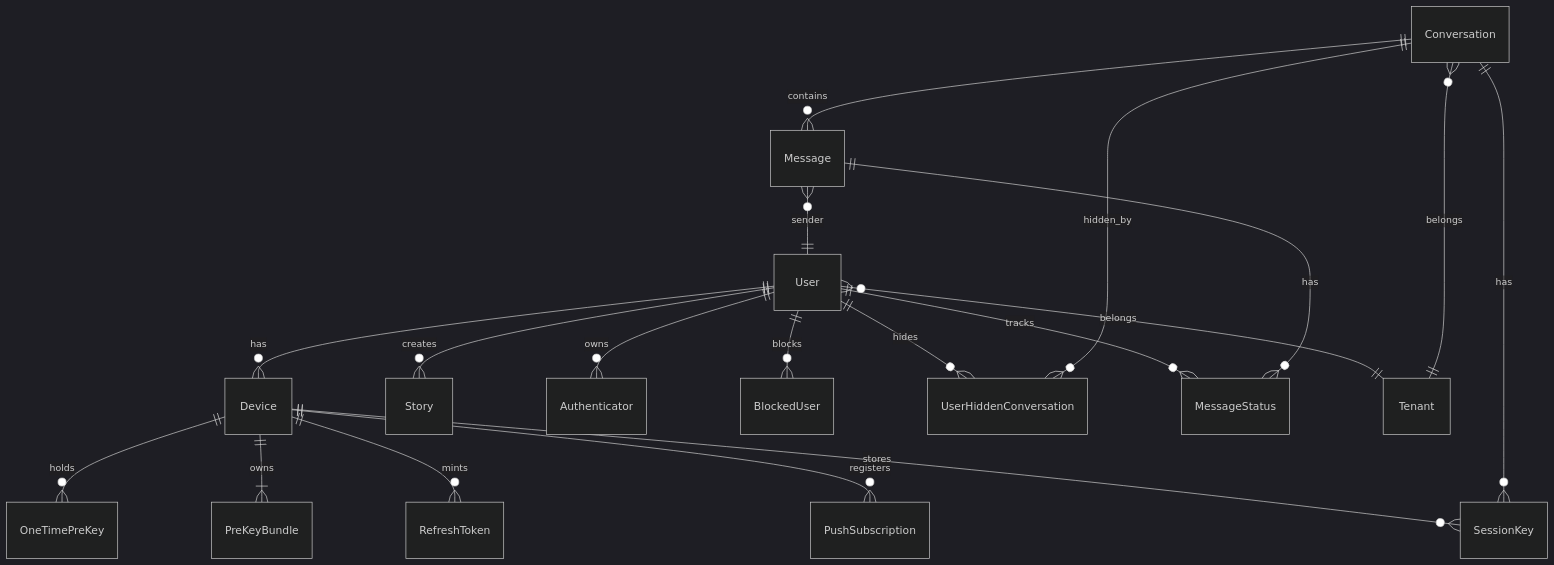
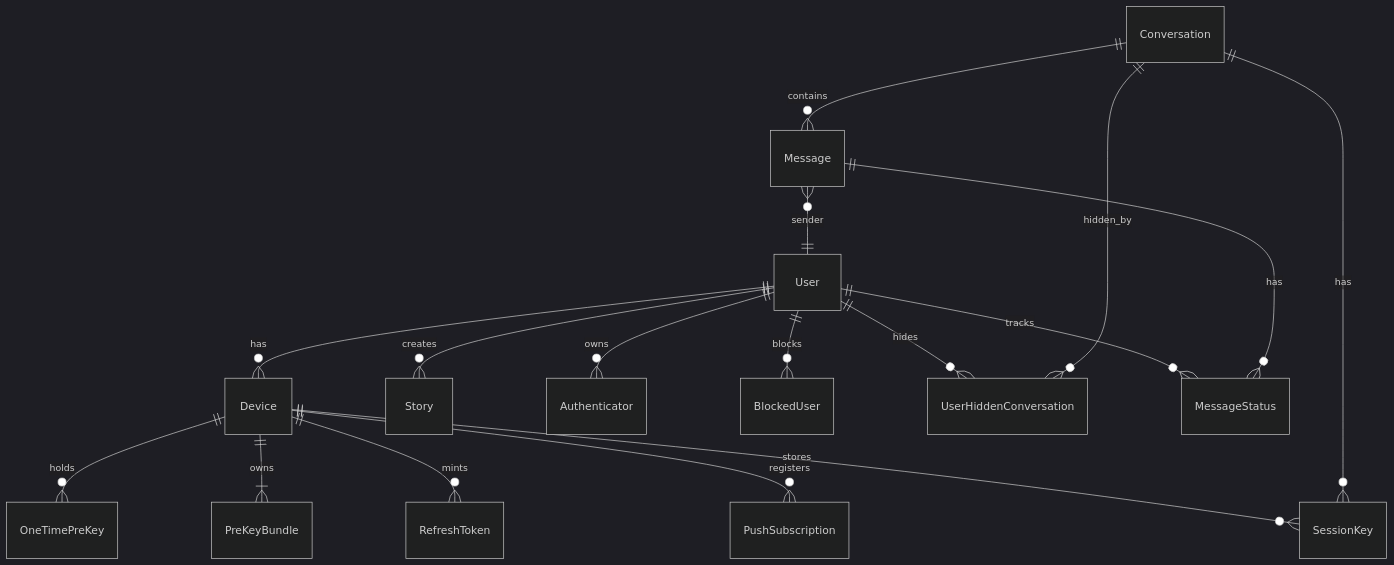
One commit to h4nzs/nyx-chat changed the diagram in docs/09-database.md. Above: the diagram before and after it, drawn with Mermaid (dark theme). The commit also changed other lines of this file and 41 other files, not shown here.

````diff
--- a/docs/09-database.md
+++ b/docs/09-database.md
@@ -11,21 +11,19 @@
 ```mermaid
 erDiagram
     User ||--o{ Device : has
     User ||--o{ Story : creates
     User ||--o{ Authenticator : owns
     User ||--o{ BlockedUser : blocks
     User ||--o{ UserHiddenConversation : hides
     User ||--o{ MessageStatus : tracks
-    User }o--|| Tenant : belongs
     Device ||--o{ OneTimePreKey : holds
     Device ||--|{ PreKeyBundle : owns
     Device ||--o{ RefreshToken : mints
     Device ||--o{ PushSubscription : registers
     Device ||--o{ SessionKey : stores
     Conversation ||--o{ Message : contains
     Conversation ||--o{ SessionKey : has
-    Conversation }o--|| Tenant : belongs
     Conversation ||--o{ UserHiddenConversation : hidden_by
     Message ||--o{ MessageStatus : has
     Message }o--|| User : sender
 ```
````
